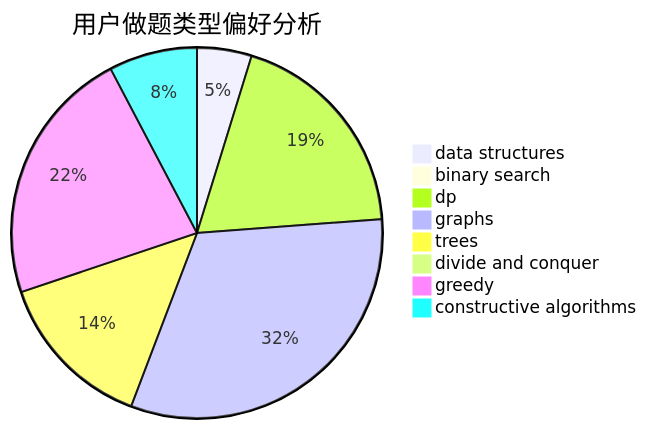
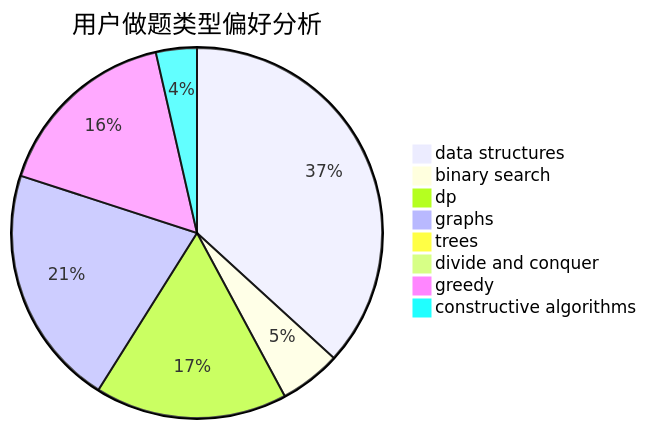
Before and after one commit to sherpahu/cfrs.github.io: the second of 3 diagrams in docs/user/u177.md, drawn with Mermaid. The commit also changed other lines of this file and 2770 other files, not shown here.

````diff
--- a/docs/user/u177.md
+++ b/docs/user/u177.md
@@ -23,11 +23,11 @@
 ```mermaid
 pie title 用户做题类型偏好分析
-    "data structures" :  21
-    "binary search" :  0
-    "dp" :  84
-    "graphs" :  141
-    "trees" :  62
+    "data structures" :  103
+    "binary search" :  15
+    "dp" :  47
+    "graphs" :  59
+    "trees" :  1
     "divide and conquer" :  0
-    "greedy" :  99
-    "constructive algorithms" :  34
+    "greedy" :  46
+    "constructive algorithms" :  10
 ```
````
